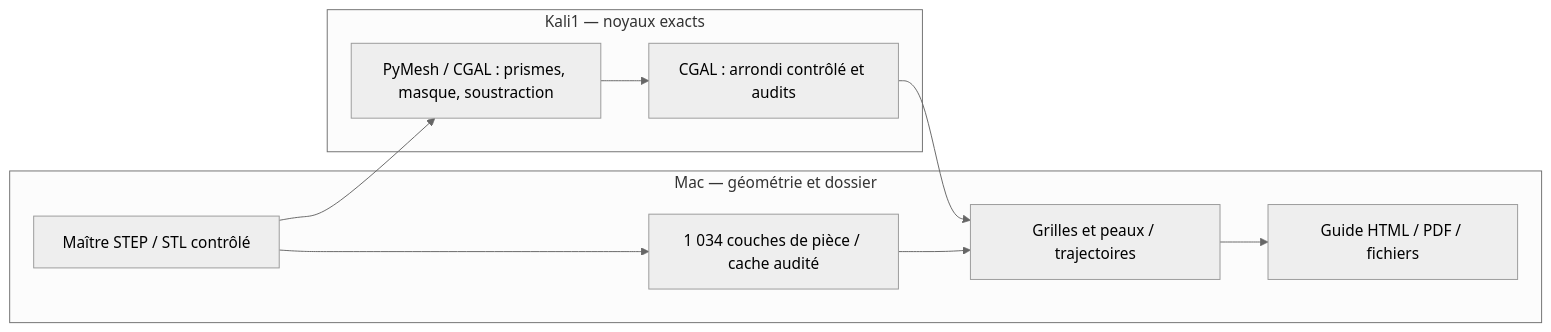
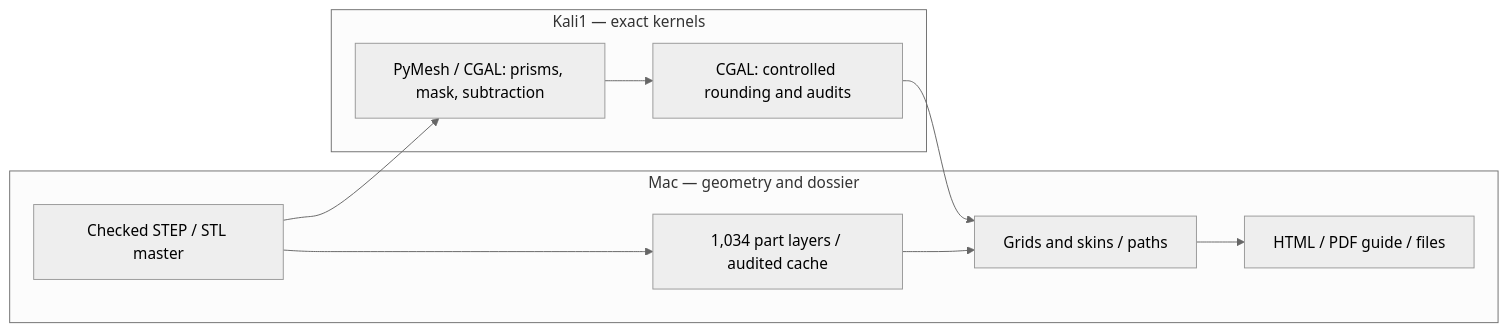
Before and after one commit to cluster2600/porscheparts: the diagram in docs/manufacturing/PART_WORKFLOW.md, drawn with Mermaid (neutral theme). The commit also changed other lines of this file and 99 other files, not shown here.

````diff
--- a/docs/manufacturing/PART_WORKFLOW.md
+++ b/docs/manufacturing/PART_WORKFLOW.md
@@ -197,15 +197,15 @@
 ```mermaid
 flowchart LR
-    subgraph Mac["Mac — géométrie et dossier"]
-        CAD["Maître STEP / STL contrôlé"]
-        PART["1 034 couches de pièce / cache audité"]
-        BUILD["Grilles et peaux / trajectoires"]
-        GUIDE["Guide HTML / PDF / fichiers"]
+    subgraph Mac["Mac — geometry and dossier"]
+        CAD["Checked STEP / STL master"]
+        PART["1,034 part layers / audited cache"]
+        BUILD["Grids and skins / paths"]
+        GUIDE["HTML / PDF guide / files"]
     end
-    subgraph Linux["Kali1 — noyaux exacts"]
-        CSG["PyMesh / CGAL : prismes, masque, soustraction"]
-        SNAP["CGAL : arrondi contrôlé et audits"]
+    subgraph Linux["Kali1 — exact kernels"]
+        CSG["PyMesh / CGAL: prisms, mask, subtraction"]
+        SNAP["CGAL: controlled rounding and audits"]
     end
     CAD --> CSG --> SNAP --> BUILD --> GUIDE
     CAD --> PART --> BUILD
 ```
````
